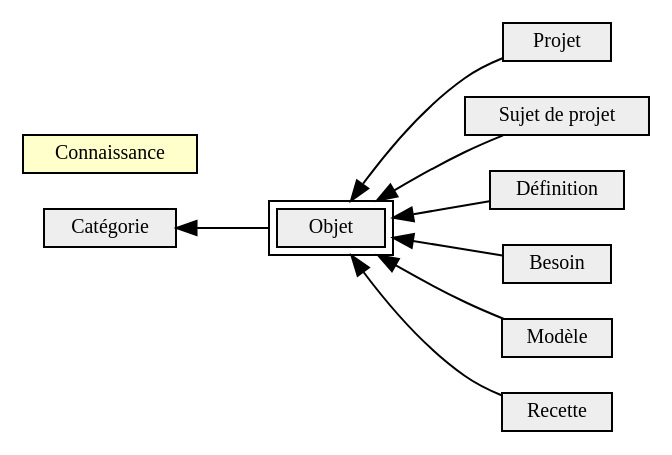
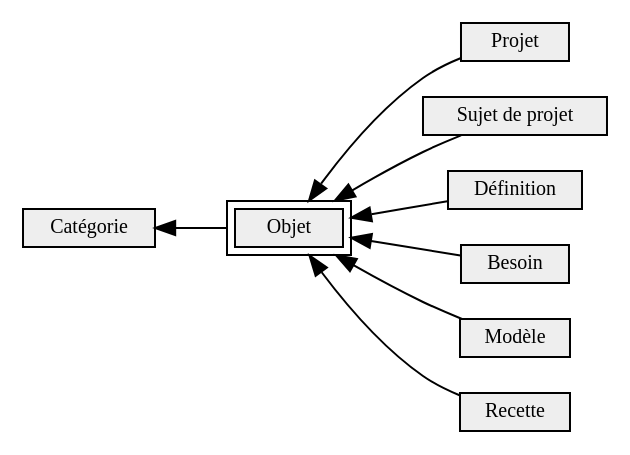
One commit to SOCLE15/mMediaWiki changed the diagram in images/xyGraphvizCache/62b0a53913abf6c467ef96f6876ed133.dot. Above: the diagram before and after it, drawn with Graphviz. The commit also changed 15 other files, not shown here.

```diff
--- a/images/xyGraphvizCache/62b0a53913abf6c467ef96f6876ed133.dot
+++ b/images/xyGraphvizCache/62b0a53913abf6c467ef96f6876ed133.dot
@@ -1,21 +1,20 @@
 digraph a {
 size="8,20";
 rankdir=LR;
 node [height=0 style="filled", shape="box", font="Helvetica-Bold", fontsize="10", color="#00000"];
 "Objet" -> "Projet" [dir=back];
 "Objet" -> "Sujet_de_projet" [dir=back];
 "Objet" -> "Définition" [dir=back];
 "Objet" -> "Besoin" [dir=back];
 "Objet" -> "Modèle" [dir=back];
 "Objet" -> "Recette" [dir=back];
 "Catégorie" -> "Objet" [dir=back];
 "Besoin" [URL="http://smw.learning-socle.org/index.php/Cat%C3%A9gorie:Besoin",peripheries=1,label="Besoin",fillcolor="#EEEEEE"];
 "Catégorie" [URL="http://smw.learning-socle.org/index.php/Cat%C3%A9gorie:Cat%C3%A9gorie",peripheries=1,label="Catégorie",fillcolor="#EEEEEE"];
 "Définition" [URL="http://smw.learning-socle.org/index.php/Cat%C3%A9gorie:D%C3%A9finition",peripheries=1,label="Définition",fillcolor="#EEEEEE"];
 "Modèle" [URL="http://smw.learning-socle.org/index.php/Cat%C3%A9gorie:Mod%C3%A8le",peripheries=1,label="Modèle",fillcolor="#EEEEEE"];
 "Objet" [URL="http://smw.learning-socle.org/index.php/Cat%C3%A9gorie:Objet",peripheries=2,label="Objet",fillcolor="#EEEEEE"];
 "Projet" [URL="http://smw.learning-socle.org/index.php/Cat%C3%A9gorie:Projet",peripheries=1,label="Projet",fillcolor="#EEEEEE"];
 "Recette" [URL="http://smw.learning-socle.org/index.php/Cat%C3%A9gorie:Recette",peripheries=1,label="Recette",fillcolor="#EEEEEE"];
 "Sujet_de_projet" [URL="http://smw.learning-socle.org/index.php/Cat%C3%A9gorie:Sujet_de_projet",peripheries=1,label="Sujet de projet",fillcolor="#EEEEEE"];
-"Connaissance" [URL="http://smw.learning-socle.org/index.php/Cat%C3%A9gorie:Connaissance",peripheries=1,label="Connaissance",fillcolor="#FFFFCC"];
 }
```
